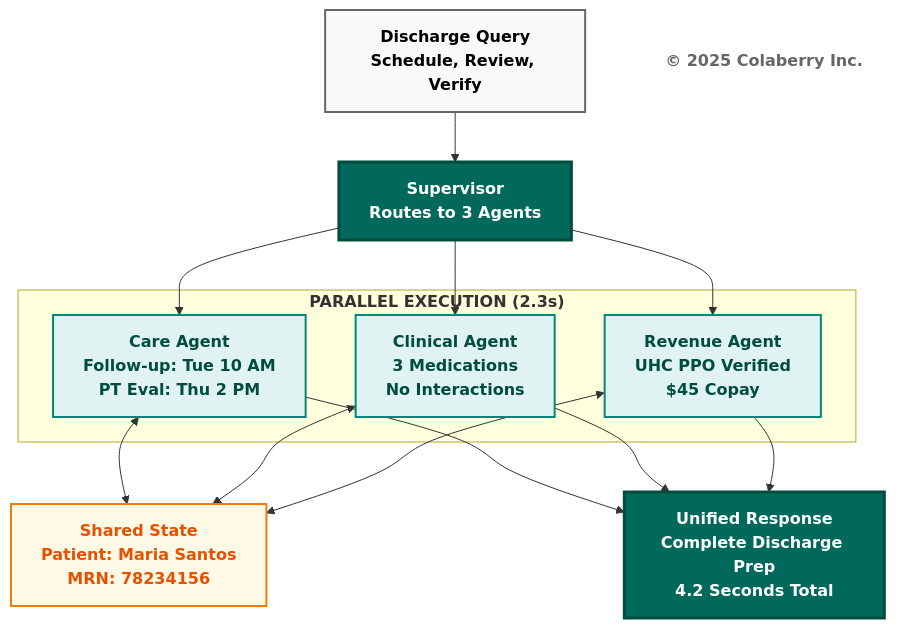
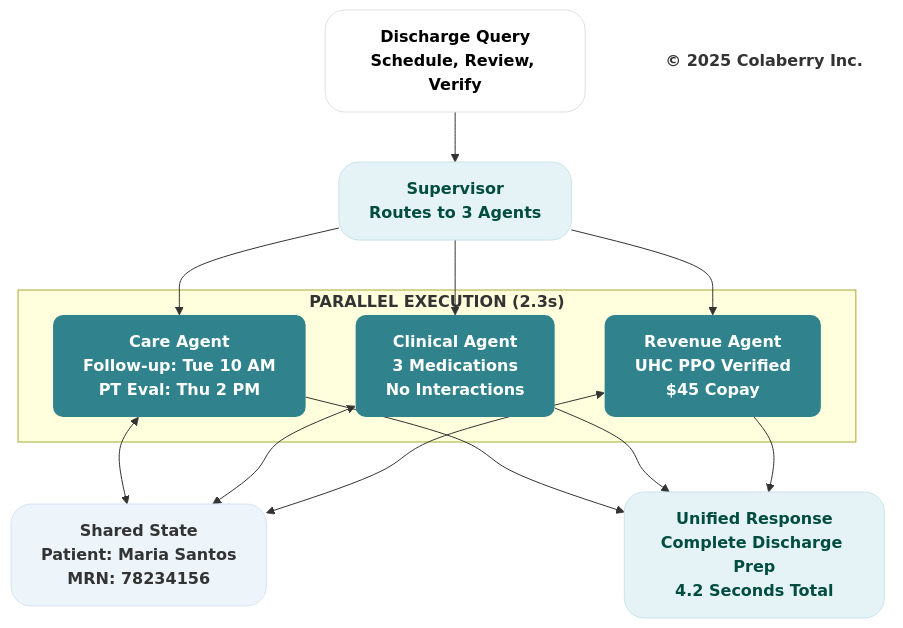
Before and after one commit to saitejesh-cyber/trust-before-intelligence-book: the tenth of 14 diagrams in manuscript/07_chapter_6_transparency_orchestration_layers.md, drawn with Mermaid. The commit also changed other lines of this file and 7 other files, not shown here.

Commit message:
Chapter 6to13: Updated mermaid diagrams based on new colaberry color code

````diff
--- a/manuscript/07_chapter_6_transparency_orchestration_layers.md
+++ b/manuscript/07_chapter_6_transparency_orchestration_layers.md
@@ -912,38 +912,38 @@
 ```mermaid
 graph TB
     Query["<b>Discharge Query</b><br/><b>Schedule, Review, Verify</b>"]
     
     Supervisor["<b>Supervisor</b><br/><b>Routes to 3 Agents</b>"]
     
     subgraph "<b>PARALLEL EXECUTION (2.3s)</b>"
         Care["<b>Care Agent</b><br/><b>Follow-up: Tue 10 AM</b><br/><b>PT Eval: Thu 2 PM</b>"]
         Clinical["<b>Clinical Agent</b><br/><b>3 Medications</b><br/><b>No Interactions</b>"]
         Revenue["<b>Revenue Agent</b><br/><b>UHC PPO Verified</b><br/><b>$45 Copay</b>"]
     end
     
     State["<b>Shared State</b><br/><b>Patient: Maria Santos</b><br/><b>MRN: 78234156</b>"]
     
     Response["<b>Unified Response</b><br/><b>Complete Discharge Prep</b><br/><b>4.2 Seconds Total</b>"]
     
     Copyright["<b>© 2025 Colaberry Inc.</b>"]
     
     Query --> Supervisor
     Supervisor --> Care
     Supervisor --> Clinical
     Supervisor --> Revenue
     Care <--> State
     Clinical <--> State
     Revenue <--> State
     Care --> Response
     Clinical --> Response
     Revenue --> Response
     
-    style Query fill:#f9f9f9,stroke:#666666,stroke-width:2px,color:#000000
-    style Supervisor fill:#00695c,color:#ffffff,stroke:#004d40,stroke-width:3px
-    style Care fill:#e0f2f1,stroke:#00897b,stroke-width:2px,color:#004d40
-    style Clinical fill:#e0f2f1,stroke:#00897b,stroke-width:2px,color:#004d40
-    style Revenue fill:#e0f2f1,stroke:#00897b,stroke-width:2px,color:#004d40
-    style State fill:#fff9e6,stroke:#f57c00,stroke-width:2px,color:#e65100
-    style Response fill:#00695c,color:#ffffff,stroke:#004d40,stroke-width:3px
-    style Copyright fill:#ffffff,stroke:none,color:#666666
+    style Query fill:#ffffff,stroke:#e0e0e0,stroke-width:1px,color:#000000,rx:20,ry:20
+    style Supervisor fill:#e6f3f6,stroke:#c7e3ea,stroke-width:1px,color:#004d40,rx:20,ry:20
+    style Care fill:#30838C,stroke:none,color:#ffffff,rx:10,ry:10
+    style Clinical fill:#30838C,stroke:none,color:#ffffff,rx:10,ry:10
+    style Revenue fill:#30838C,stroke:none,color:#ffffff,rx:10,ry:10
+    style State fill:#edf4fa,stroke:#d6e4f2,stroke-width:1px,color:#333333,rx:20,ry:20
+    style Response fill:#e6f3f6,stroke:#c7e3ea,stroke-width:1px,color:#004d40,rx:20,ry:20
+    style Copyright fill:none,stroke:none,color:#333333
 ```
````
